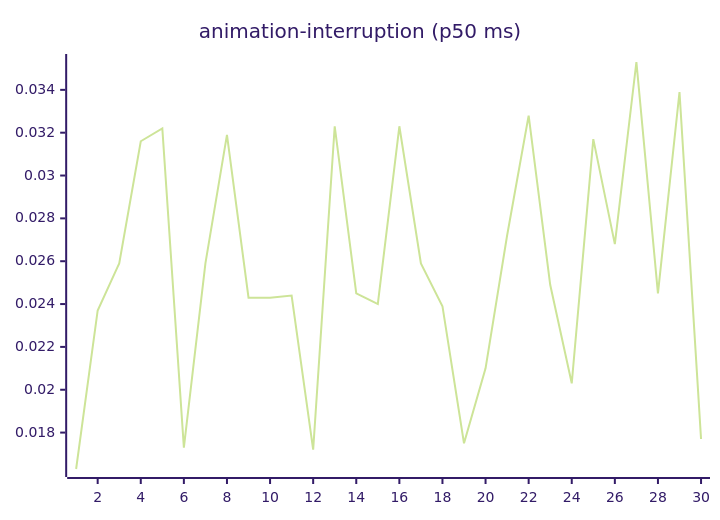
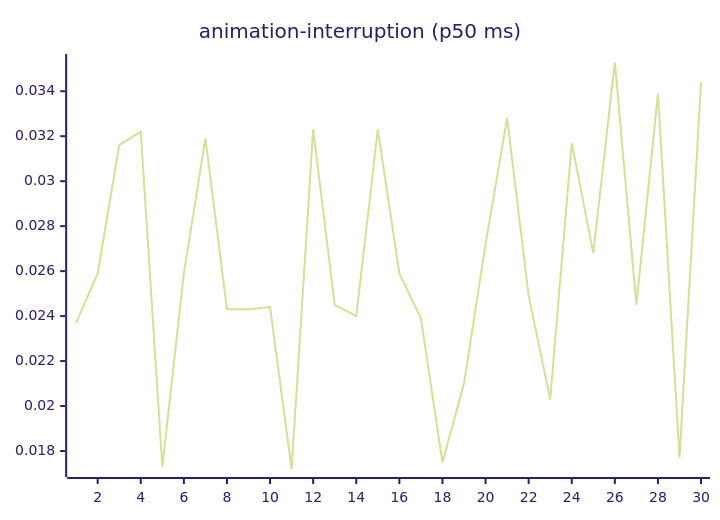
The third of 27 diagrams in README.md (josha/Facet), drawn with Mermaid (forest theme) before and after one commit. The commit also changed other lines of this file and 2 other files, not shown here.

````diff
--- a/README.md
+++ b/README.md
@@ -77,6 +77,6 @@
 ```mermaid
 xychart-beta
     title "animation-interruption (p50 ms)"
     x-axis 1 --> 30
-    line [0.0163, 0.0237, 0.0259, 0.0316, 0.0322, 0.0173, 0.0259, 0.0319, 0.0243, 0.0243, 0.0244, 0.0172, 0.0323, 0.0245, 0.0240, 0.0323, 0.0259, 0.0239, 0.0175, 0.0210, 0.0272, 0.0328, 0.0249, 0.0203, 0.0317, 0.0268, 0.0353, 0.0245, 0.0339, 0.0177]
+    line [0.0237, 0.0259, 0.0316, 0.0322, 0.0173, 0.0259, 0.0319, 0.0243, 0.0243, 0.0244, 0.0172, 0.0323, 0.0245, 0.0240, 0.0323, 0.0259, 0.0239, 0.0175, 0.0210, 0.0272, 0.0328, 0.0249, 0.0203, 0.0317, 0.0268, 0.0353, 0.0245, 0.0339, 0.0177, 0.0344]
 ```
````
